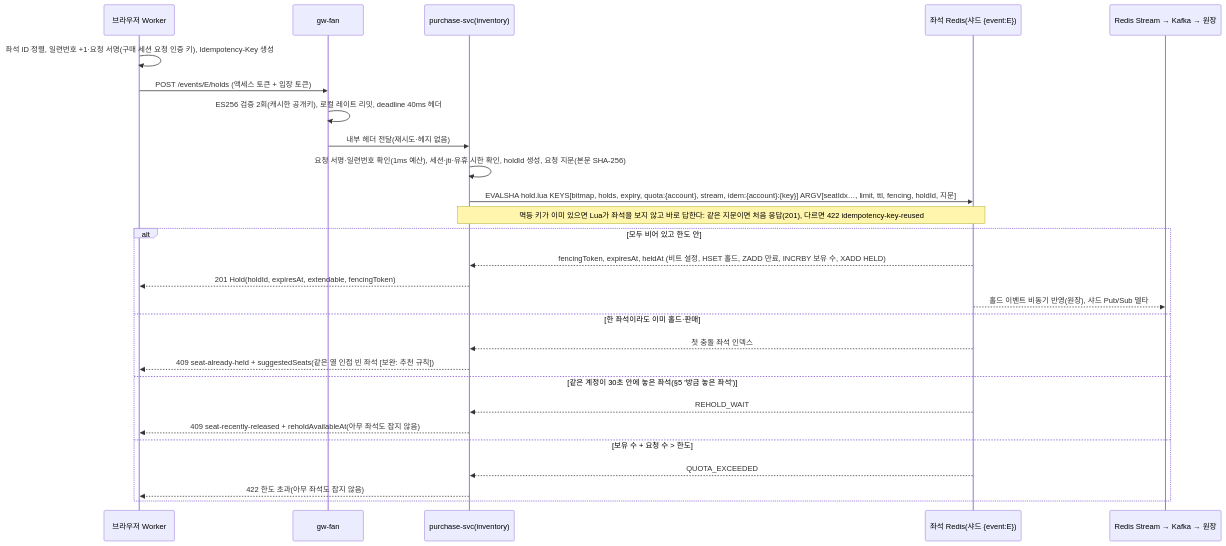
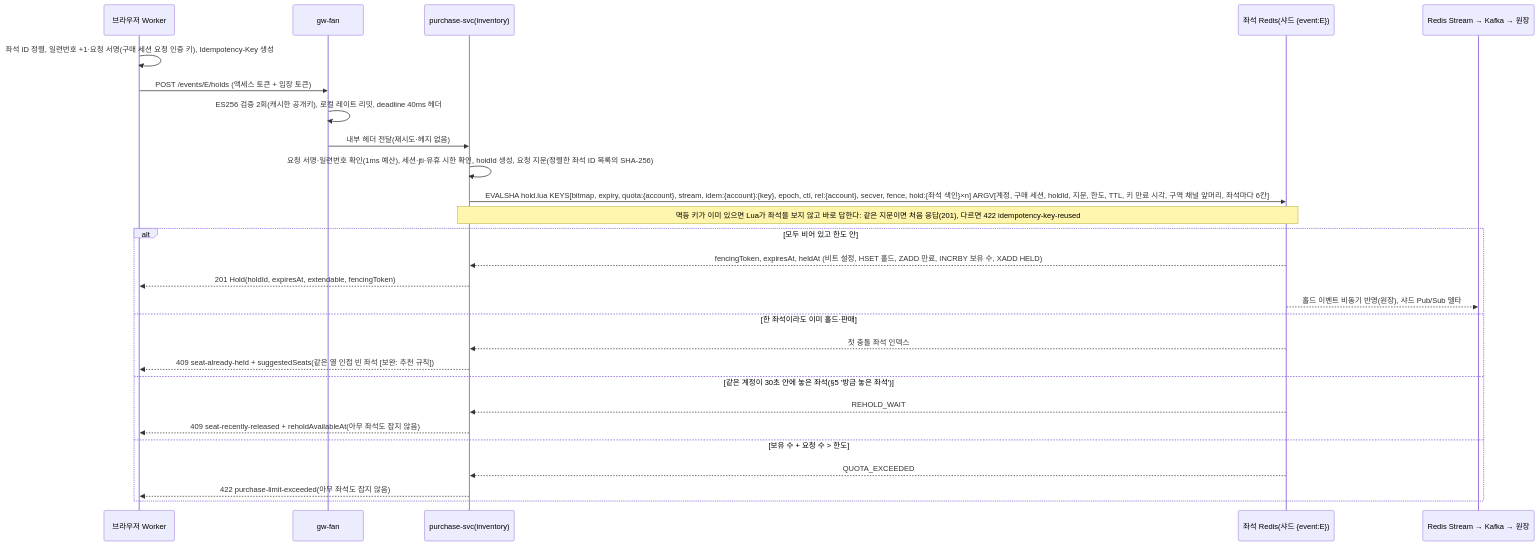
Before and after one commit to peaket/peaket: the first of 2 diagrams in docs/features/seat-hold.md, drawn with Mermaid. The commit also changed other lines of this file and 40 other files, not shown here.

First line of the commit message:
feat(purchase): purchase-svc를 새로 만들고 운영 홀드 Lua(1인 한도·펜싱 토큰·Lua 안 멱등 키·잡은 시각)와 좌석 홀드 API를 연다(PRF-130, wbs 2.5.1 ①, FR-010, FR-072, POL-011, POL-012, S-T1, S-T3, S-T4, S-T5, S-T24, S-T26, S-T28, S-T30, S-T33, S-T35, OPEN[16], R-260)

````diff
--- a/docs/features/seat-hold.md
+++ b/docs/features/seat-hold.md
@@ -36,29 +36,29 @@
 ```mermaid
 sequenceDiagram
     participant W as 브라우저 Worker
     participant G as gw-fan
     participant P as purchase-svc(inventory)
     participant R as 좌석 Redis(샤드 {event:E})
     participant S as Redis Stream → Kafka → 원장
     W->>W: 좌석 ID 정렬, 일련번호 +1·요청 서명(구매 세션 요청 인증 키), Idempotency-Key 생성
     W->>G: POST /events/E/holds (액세스 토큰 + 입장 토큰)
     G->>G: ES256 검증 2회(캐시한 공개키), 로컬 레이트 리밋, deadline 40ms 헤더
     G->>P: 내부 헤더 전달(재시도·헤지 없음)
-    P->>P: 요청 서명·일련번호 확인(1ms 예산), 세션·jti·유휴 시한 확인, holdId 생성, 요청 지문(본문 SHA-256)
-    P->>R: EVALSHA hold.lua KEYS[bitmap, holds, expiry, quota:{account}, stream, idem:{account}:{key}] ARGV[seatIdx…, limit, ttl, fencing, holdId, 지문]
+    P->>P: 요청 서명·일련번호 확인(1ms 예산), 세션·jti·유휴 시한 확인, holdId 생성, 요청 지문(정렬한 좌석 ID 목록의 SHA-256)
+    P->>R: EVALSHA hold.lua KEYS[bitmap, expiry, quota:{account}, stream, idem:{account}:{key}, epoch, ctl, rel:{account}, secver, fence, hold:{좌석 색인}×n] ARGV[계정, 구매 세션, holdId, 지문, 한도, TTL, 키 만료 시각, 구역 채널 앞머리, 좌석마다 6칸]
     Note over P,R: 멱등 키가 이미 있으면 Lua가 좌석을 보지 않고 바로 답한다: 같은 지문이면 처음 응답(201), 다르면 422 idempotency-key-reused
     alt 모두 비어 있고 한도 안
         R-->>P: fencingToken, expiresAt, heldAt (비트 설정, HSET 홀드, ZADD 만료, INCRBY 보유 수, XADD HELD)
         P-->>W: 201 Hold(holdId, expiresAt, extendable, fencingToken)
         R-->>S: 홀드 이벤트 비동기 반영(원장), 샤드 Pub/Sub 델타
     else 한 좌석이라도 이미 홀드·판매
         R-->>P: 첫 충돌 좌석 인덱스
         P-->>W: 409 seat-already-held + suggestedSeats(같은 열 인접 빈 좌석 [보완: 추천 규칙])
     else 같은 계정이 30초 안에 놓은 좌석(§5 '방금 놓은 좌석')
         R-->>P: REHOLD_WAIT
         P-->>W: 409 seat-recently-released + reholdAvailableAt(아무 좌석도 잡지 않음)
     else 보유 수 + 요청 수 > 한도
         R-->>P: QUOTA_EXCEEDED
-        P-->>W: 422 한도 초과(아무 좌석도 잡지 않음)
+        P-->>W: 422 purchase-limit-exceeded(아무 좌석도 잡지 않음)
     end
 ```
````
